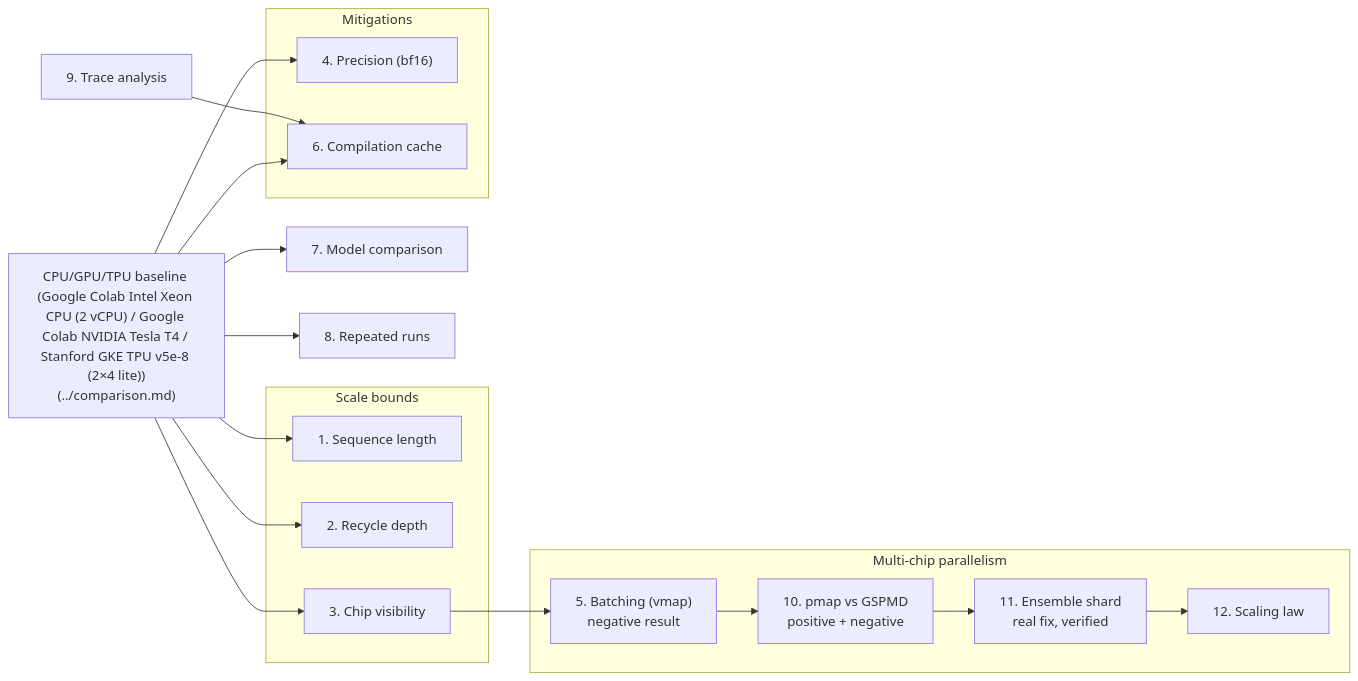
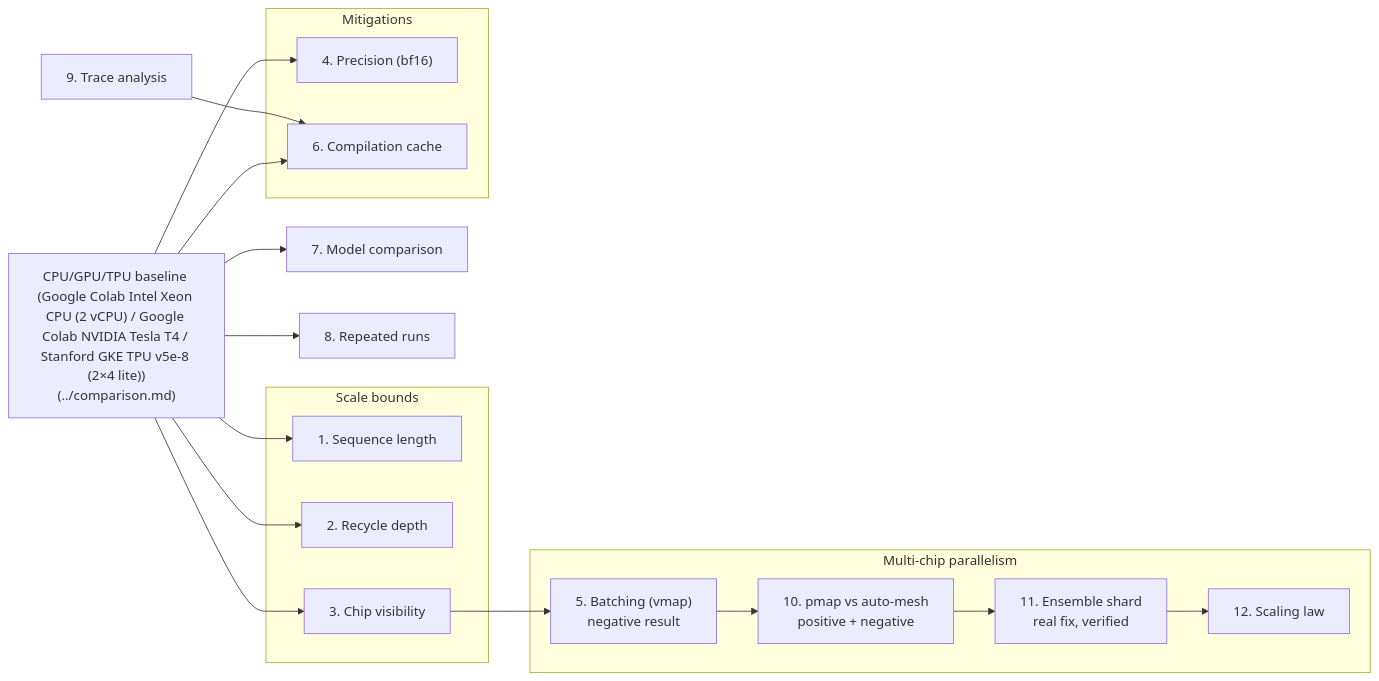
One commit to lorenzopazienza/alphafold-tpu-benchmark changed the diagram in results/sweep/README.md. Above: the diagram before and after it, drawn with Mermaid. The commit also changed other lines of this file and 11 other files, not shown here.

````diff
--- a/results/sweep/README.md
+++ b/results/sweep/README.md
@@ -6,30 +6,30 @@
 ```mermaid
 flowchart LR
     CMP["CPU/GPU/TPU baseline (Google Colab Intel Xeon CPU (2 vCPU) / Google Colab NVIDIA Tesla T4 / Stanford GKE TPU v5e-8 (2×4 lite))\n(../comparison.md)"]
 
     subgraph SB["Scale bounds"]
         SL["1. Sequence length"]
         RD["2. Recycle depth"]
         CV["3. Chip visibility"]
     end
 
     subgraph MIT["Mitigations"]
         PR["4. Precision (bf16)"]
         CC["6. Compilation cache"]
     end
 
     subgraph MC["Multi-chip parallelism"]
         BA["5. Batching (vmap)\nnegative result"]
-        SH["10. pmap vs GSPMD\npositive + negative"]
+        SH["10. pmap vs auto-mesh\npositive + negative"]
         ES["11. Ensemble shard\nreal fix, verified"]
         SCL["12. Scaling law"]
     end
 
     MOD["7. Model comparison"]
     REP["8. Repeated runs"]
     TR["9. Trace analysis"]
 
     CMP --> SL & RD & CV & PR & CC & MOD & REP
     TR --> CC
     CV --> BA --> SH --> ES --> SCL
 ```
````
